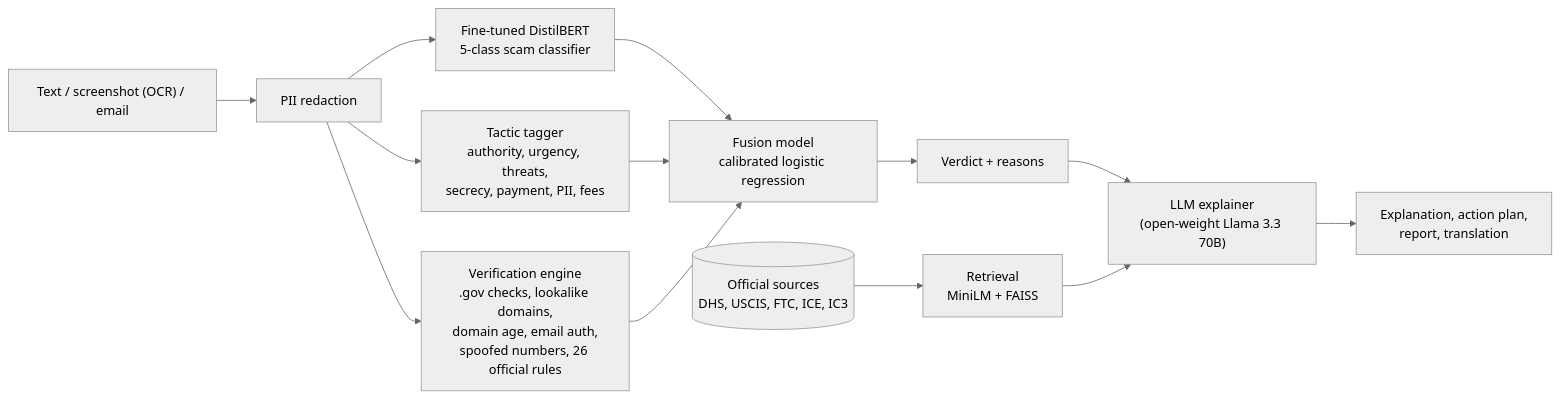
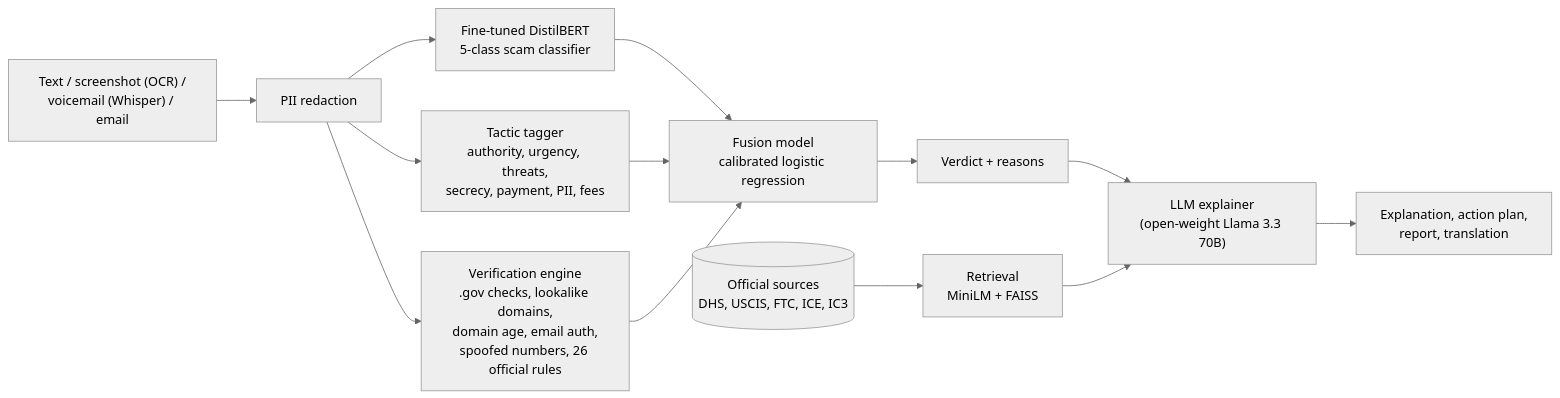
The diagram in README.md (preksha2166/visashield), drawn with Mermaid (neutral theme) before and after one commit. The commit also changed other lines of this file and 3 other files, not shown here.

First line of the commit message:
Add voicemail and call-recording analysis with Whisper

````diff
--- a/README.md
+++ b/README.md
@@ -34,15 +34,15 @@
 ```mermaid
 flowchart LR
-    IN["Text / screenshot (OCR) / email"] --> R["PII redaction"]
+    IN["Text / screenshot (OCR) /<br/>voicemail (Whisper) / email"] --> R["PII redaction"]
     R --> C["Fine-tuned DistilBERT<br/>5-class scam classifier"]
     R --> T["Tactic tagger<br/>authority, urgency, threats,<br/>secrecy, payment, PII, fees"]
     R --> V["Verification engine<br/>.gov checks, lookalike domains,<br/>domain age, email auth,<br/>spoofed numbers, 26 official rules"]
     C --> F["Fusion model<br/>calibrated logistic regression"]
     T --> F
     V --> F
     F --> X["Verdict + reasons"]
     KB[("Official sources<br/>DHS, USCIS, FTC, ICE, IC3")] --> RAG["Retrieval<br/>MiniLM + FAISS"]
     X --> L["LLM explainer<br/>(open-weight Llama 3.3 70B)"]
     RAG --> L
     L --> OUT["Explanation, action plan,<br/>report, translation"]
 ```
````
